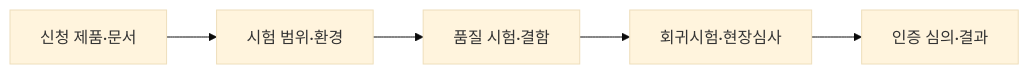
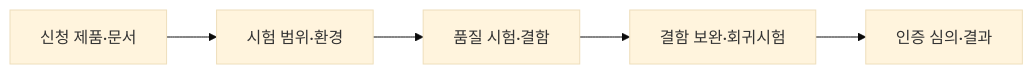
The first of 2 diagrams in src/content/docs/notes/06-evaluation/031_tta_sw_quality_test.md (agnusdei1207/knowledge-base), drawn with Mermaid (base theme) before and after one commit. The commit also changed other lines of this file and 15 other files, not shown here.

````diff
--- a/src/content/docs/notes/06-evaluation/031_tta_sw_quality_test.md
+++ b/src/content/docs/notes/06-evaluation/031_tta_sw_quality_test.md
@@ -62,7 +59,7 @@
 ```mermaid
 flowchart LR
     A[신청 제품·문서] --> B[시험 범위·환경]
     B --> C[품질 시험·결함]
-    C --> D[회귀시험·현장심사]
+    C --> D[결함 보완·회귀시험]
     D --> E[인증 심의·결과]
 ```
````
